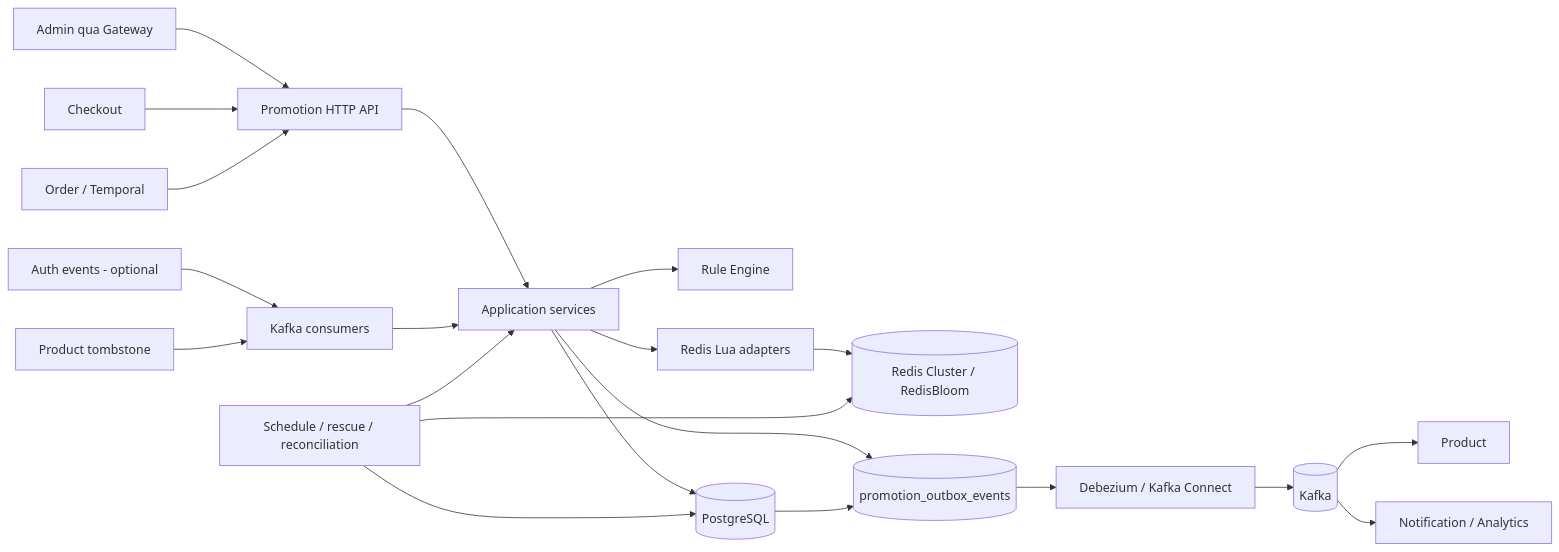
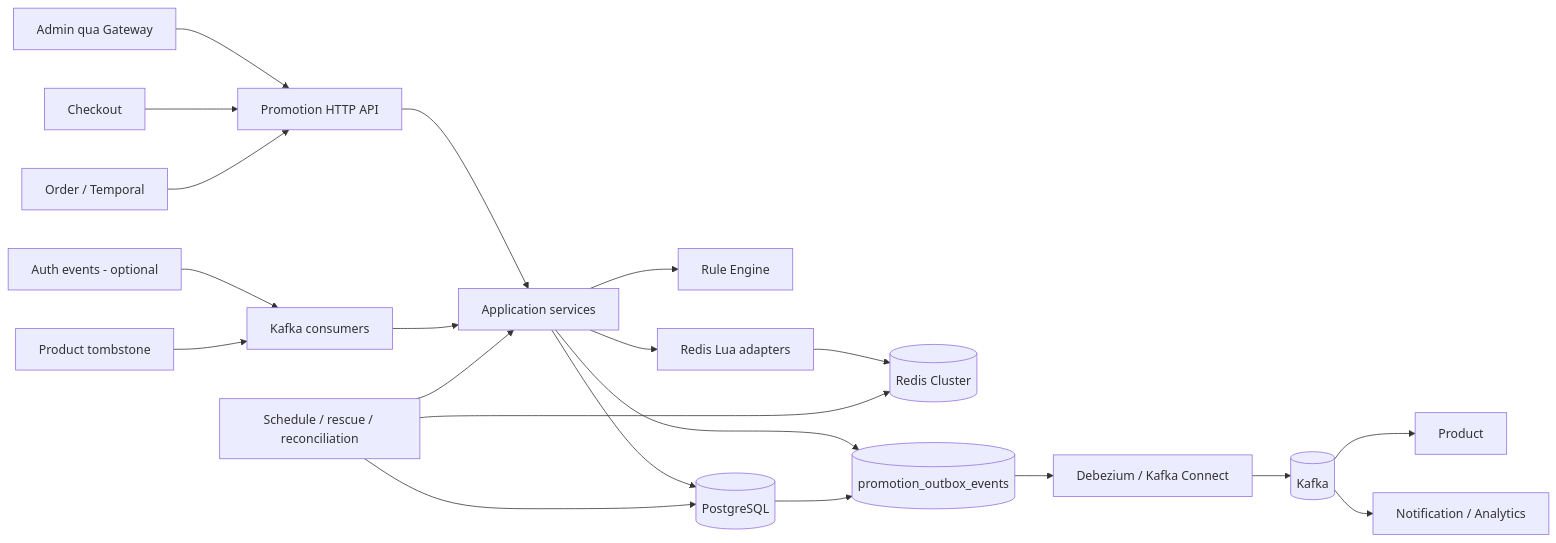
The diagram in docs/promotion/architecture.md (quangdung2110/e-commerce-microservices), drawn with Mermaid before and after one commit. The commit also changed other lines of this file and 11 other files, not shown here.

````diff
--- a/docs/promotion/architecture.md
+++ b/docs/promotion/architecture.md
@@ -26,23 +26,23 @@
 ```mermaid
 flowchart LR
   ADMIN[Admin qua Gateway] --> API[Promotion HTTP API]
   CHECKOUT[Checkout] --> API
   ORDER[Order / Temporal] --> API
   AUTH[Auth events - optional] --> CONSUMER[Kafka consumers]
   PRODUCT_TOMBSTONE[Product tombstone] --> CONSUMER
   API --> APP[Application services]
   CONSUMER --> APP
   APP --> RULE[Rule Engine]
   APP --> PG[(PostgreSQL)]
   APP --> LUA[Redis Lua adapters]
-  LUA --> REDIS[(Redis Cluster / RedisBloom)]
+  LUA --> REDIS[(Redis Cluster)]
   APP --> OUTBOX[(promotion_outbox_events)]
   PG --> OUTBOX
   OUTBOX --> CDC[Debezium / Kafka Connect]
   CDC --> KAFKA[(Kafka)]
   KAFKA --> PRODUCT[Product]
   KAFKA --> OTHER[Notification / Analytics]
   JOBS[Schedule / rescue / reconciliation] --> APP
   JOBS --> PG
   JOBS --> REDIS
 ```
````
